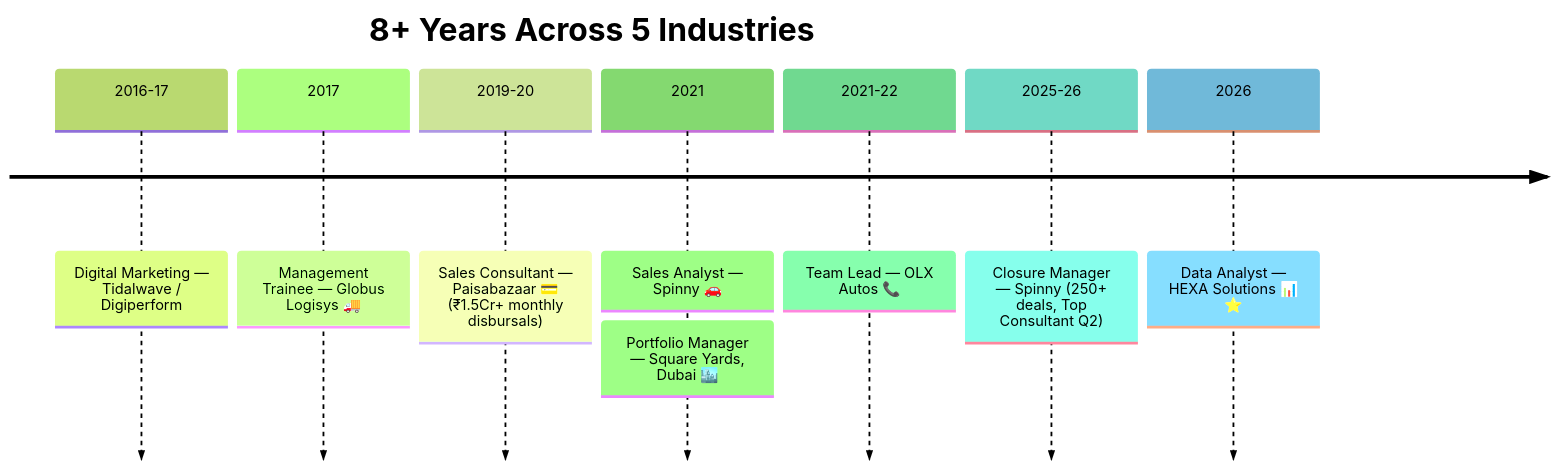
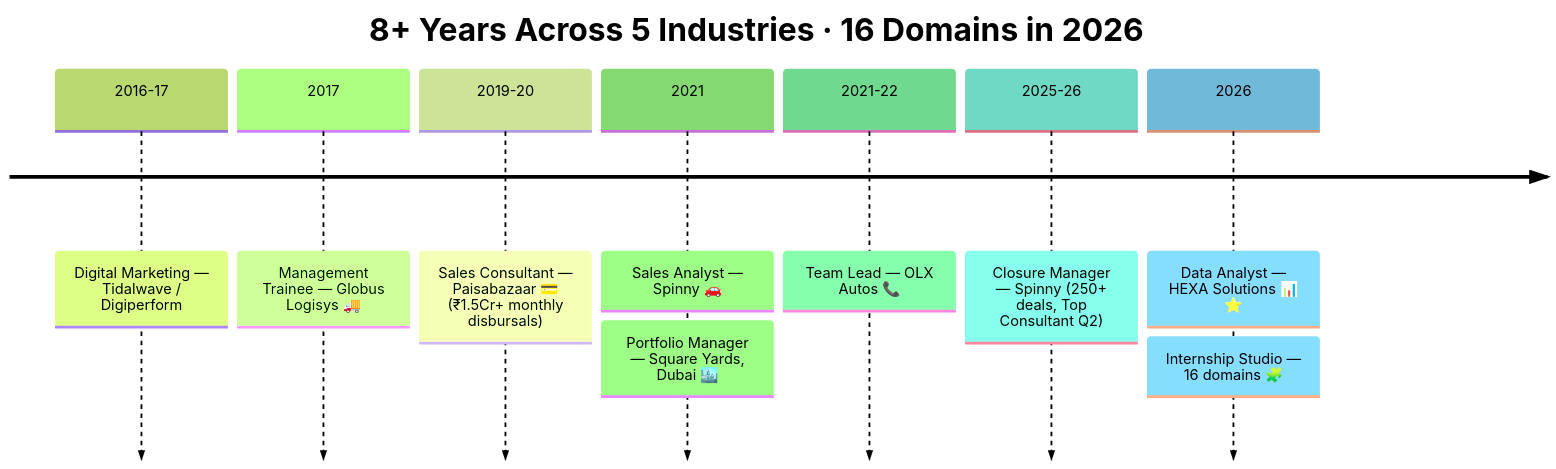
The diagram in README_Dashboard.md (Eswar5313/Eswar5313), drawn with Mermaid (forest theme) before and after one commit. The commit also changed other lines of this file, not shown here.

````diff
--- a/README_Dashboard.md
+++ b/README_Dashboard.md
@@ -159,11 +228,11 @@
 ```mermaid
 timeline
-    title 8+ Years Across 5 Industries
+    title 8+ Years Across 5 Industries · 16 Domains in 2026
     2016-17 : Digital Marketing — Tidalwave / Digiperform
     2017 : Management Trainee — Globus Logisys 🚚
     2019-20 : Sales Consultant — Paisabazaar 💳 (₹1.5Cr+ monthly disbursals)
     2021 : Sales Analyst — Spinny 🚗 : Portfolio Manager — Square Yards, Dubai 🏙️
     2021-22 : Team Lead — OLX Autos 📞
     2025-26 : Closure Manager — Spinny (250+ deals, Top Consultant Q2)
-    2026 : Data Analyst — HEXA Solutions 📊 ⭐
+    2026 : Data Analyst — HEXA Solutions 📊 ⭐ : Internship Studio — 16 domains 🧩
 ```
````
